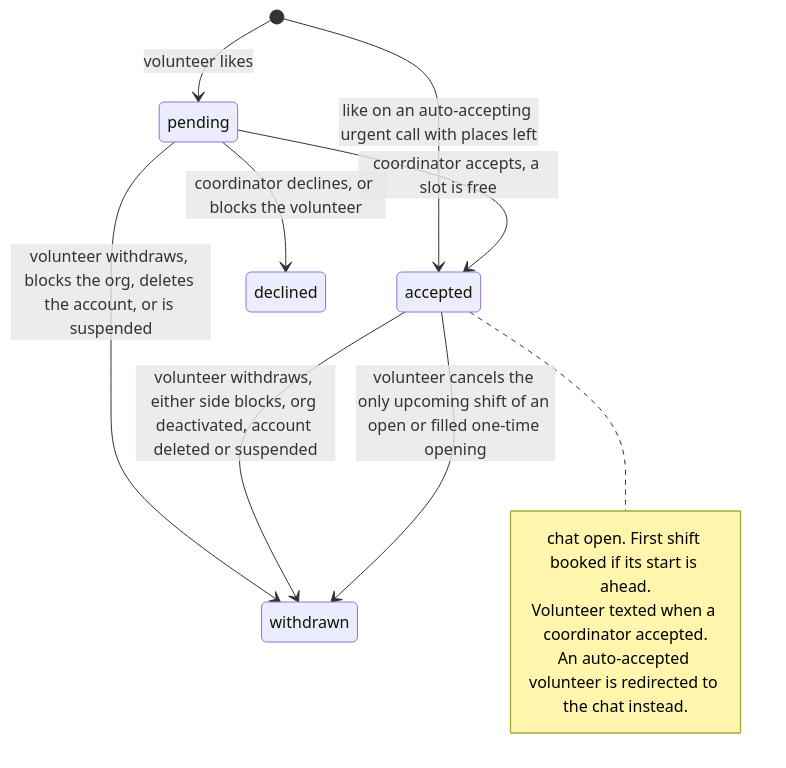
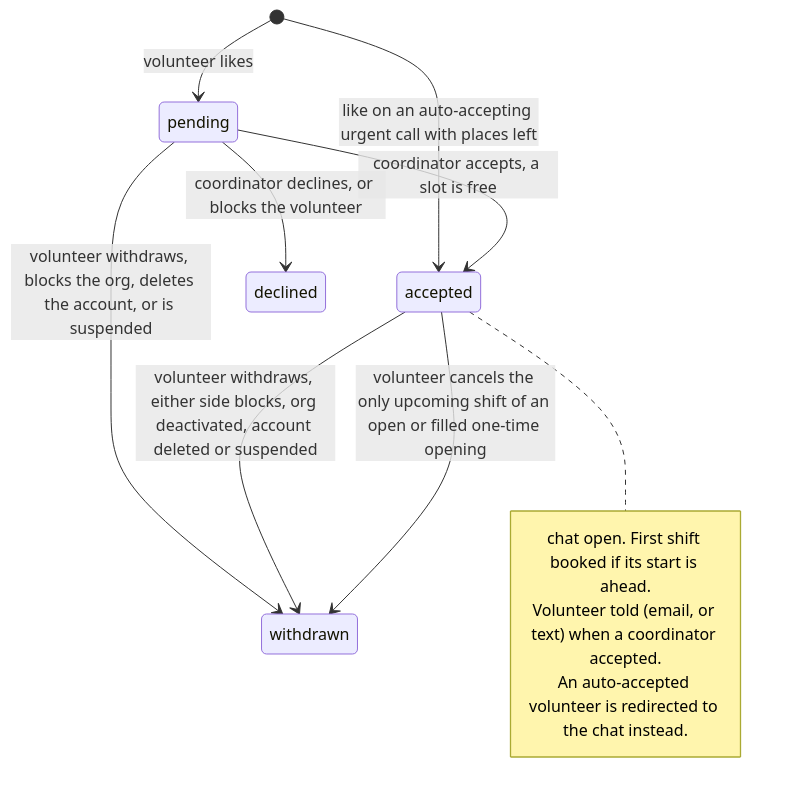
Diagram 14 of 26 in docs/ARCHITECTURE.md (slegroux/causematch), drawn with Mermaid before and after one commit. The commit also changed other lines of this file, not shown here.

First line of the commit message:
Architecture doc: up to date with main through #39

````diff
--- a/docs/ARCHITECTURE.md
+++ b/docs/ARCHITECTURE.md
@@ -907,15 +920,15 @@
 ```mermaid
 stateDiagram-v2
     [*] --> pending: volunteer likes
     [*] --> accepted: like on an auto-accepting urgent call with places left
     pending --> accepted: coordinator accepts, a slot is free
     pending --> declined: coordinator declines, or blocks the volunteer
     pending --> withdrawn: volunteer withdraws, blocks the org, deletes the account, or is suspended
     accepted --> withdrawn: volunteer withdraws, either side blocks, org deactivated, account deleted or suspended
     accepted --> withdrawn: volunteer cancels the only upcoming shift of an open or filled one-time opening
     note right of accepted
         chat open. First shift booked if its start is ahead.
-        Volunteer texted when a coordinator accepted.
+        Volunteer told (email, or text) when a coordinator accepted.
         An auto-accepted volunteer is redirected to the chat instead.
     end note
 ```
````
